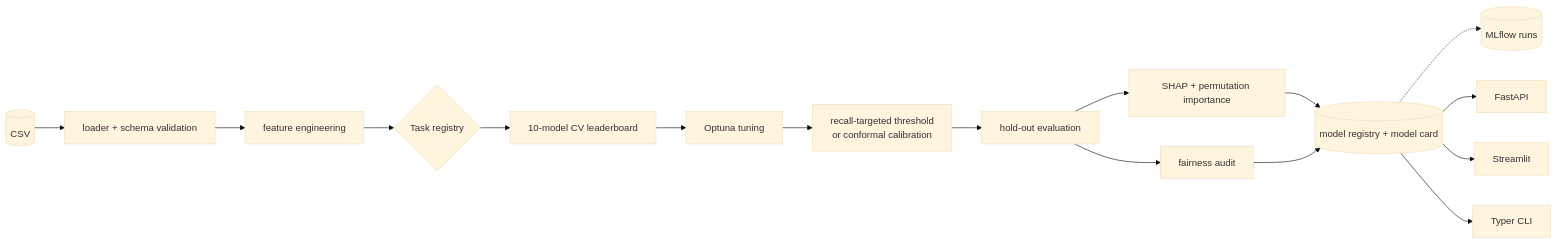
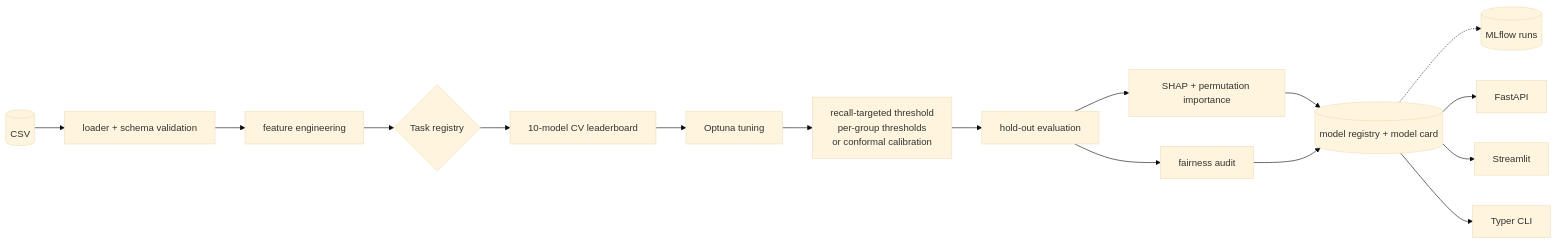
One commit to ZainDev04/edupulse changed the diagram in README.md. Above: the diagram before and after it, drawn with Mermaid (base theme). The commit also changed other lines of this file and 30 other files, not shown here.

First line of the commit message:
Equalise at-risk recall across lunch groups with per-group thresholds

````diff
--- a/README.md
+++ b/README.md
@@ -99,18 +101,18 @@
 ```mermaid
 flowchart LR
     RAW[(CSV)] --> LOAD[loader + schema validation]
     LOAD --> FE[feature engineering]
     FE --> TASK{Task registry}
     TASK --> LB[10-model CV leaderboard]
     LB --> OPT[Optuna tuning]
-    OPT --> THR[recall-targeted threshold<br/>or conformal calibration]
+    OPT --> THR[recall-targeted threshold<br/>per-group thresholds<br/>or conformal calibration]
     THR --> EVAL[hold-out evaluation]
     EVAL --> XAI[SHAP + permutation importance]
     EVAL --> FAIR[fairness audit]
     XAI --> REG[(model registry + model card)]
     FAIR --> REG
     REG -.-> MLF[(MLflow runs)]
     REG --> API[FastAPI]
     REG --> UI[Streamlit]
     REG --> CLI[Typer CLI]
 ```
````
